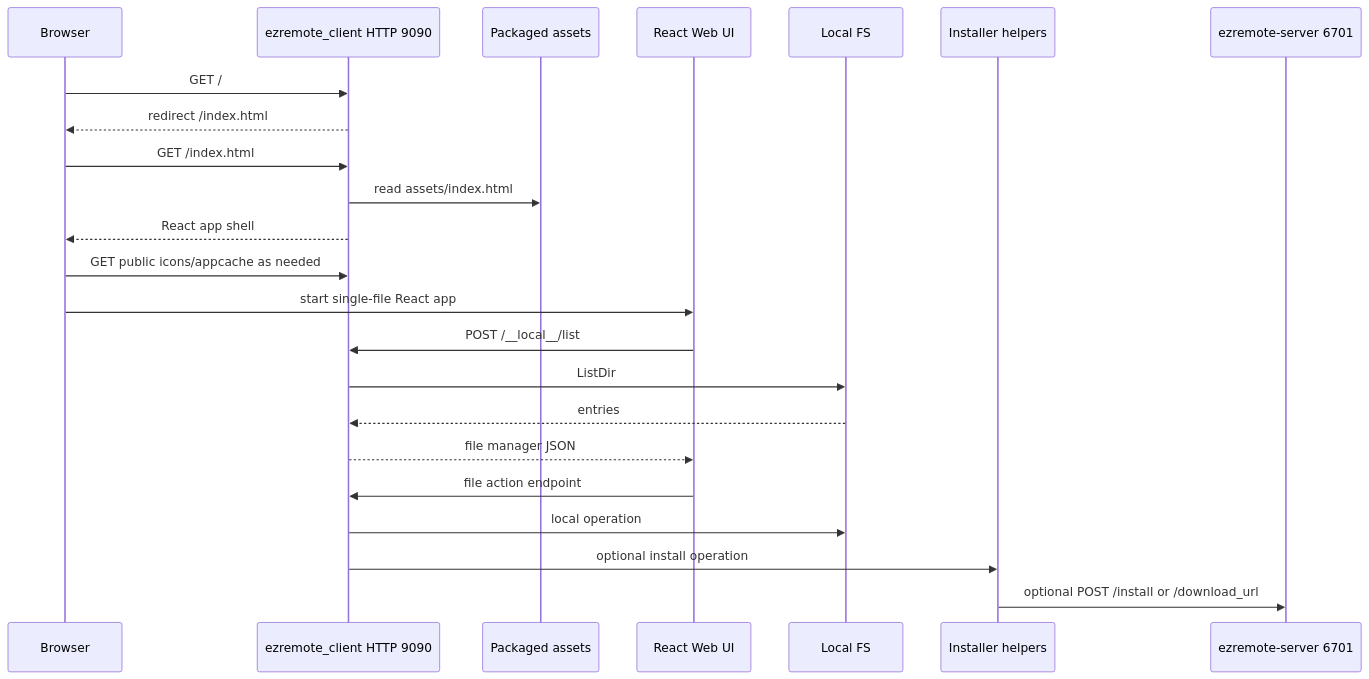
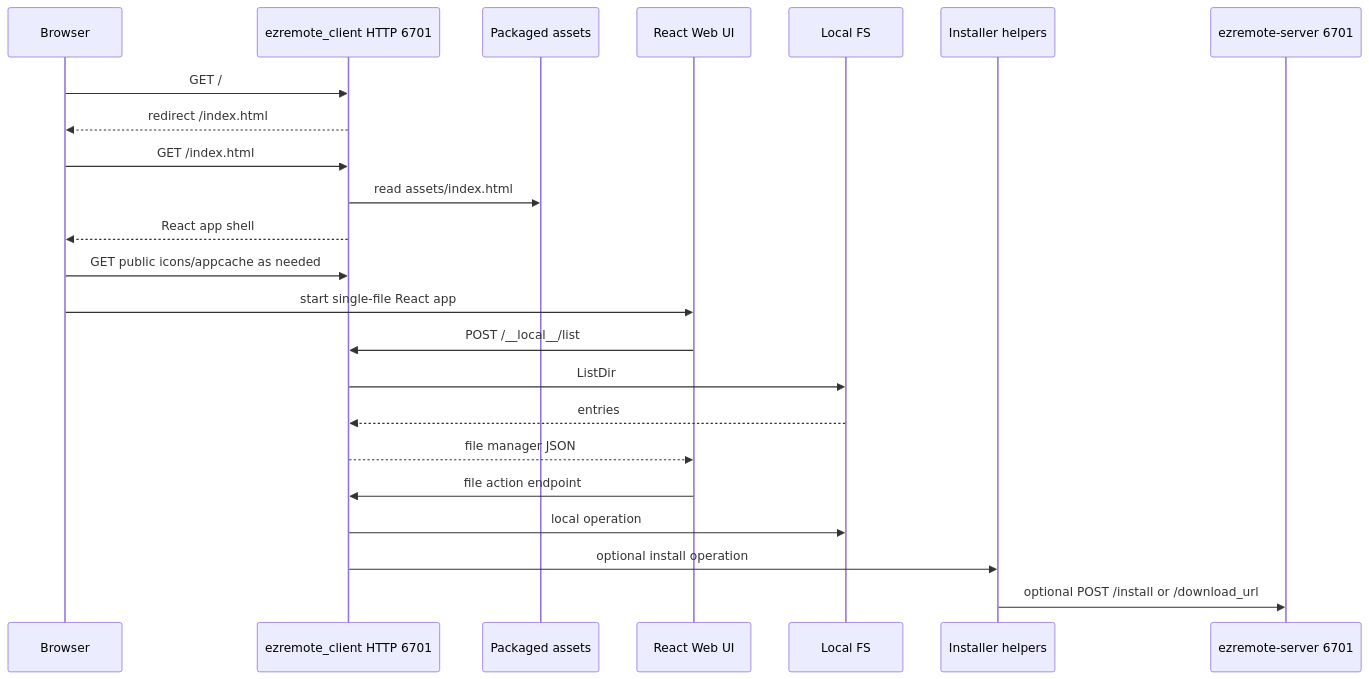
Diagram 12 of 32 in DIAGRAMS.md (t-tx/ps5-ezremote-client), drawn with Mermaid before and after one commit. The commit also changed other lines of this file and 36 other files, not shown here.

````diff
--- a/DIAGRAMS.md
+++ b/DIAGRAMS.md
@@ -315,26 +315,26 @@
 ```mermaid
 sequenceDiagram
     participant Browser as Browser
-    participant ClientHttp as ezremote_client HTTP 9090
+    participant ClientHttp as ezremote_client HTTP 6701
     participant Assets as Packaged assets
     participant React as React Web UI
     participant FS as Local FS
     participant Installer as Installer helpers
     participant Server as ezremote-server 6701
 
     Browser->>ClientHttp: GET /
     ClientHttp-->>Browser: redirect /index.html
     Browser->>ClientHttp: GET /index.html
     ClientHttp->>Assets: read assets/index.html
     ClientHttp-->>Browser: React app shell
     Browser->>ClientHttp: GET public icons/appcache as needed
     Browser->>React: start single-file React app
     React->>ClientHttp: POST /__local__/list
     ClientHttp->>FS: ListDir
     FS-->>ClientHttp: entries
     ClientHttp-->>React: file manager JSON
     React->>ClientHttp: file action endpoint
     ClientHttp->>FS: local operation
     ClientHttp->>Installer: optional install operation
     Installer->>Server: optional POST /install or /download_url
 ```
````
